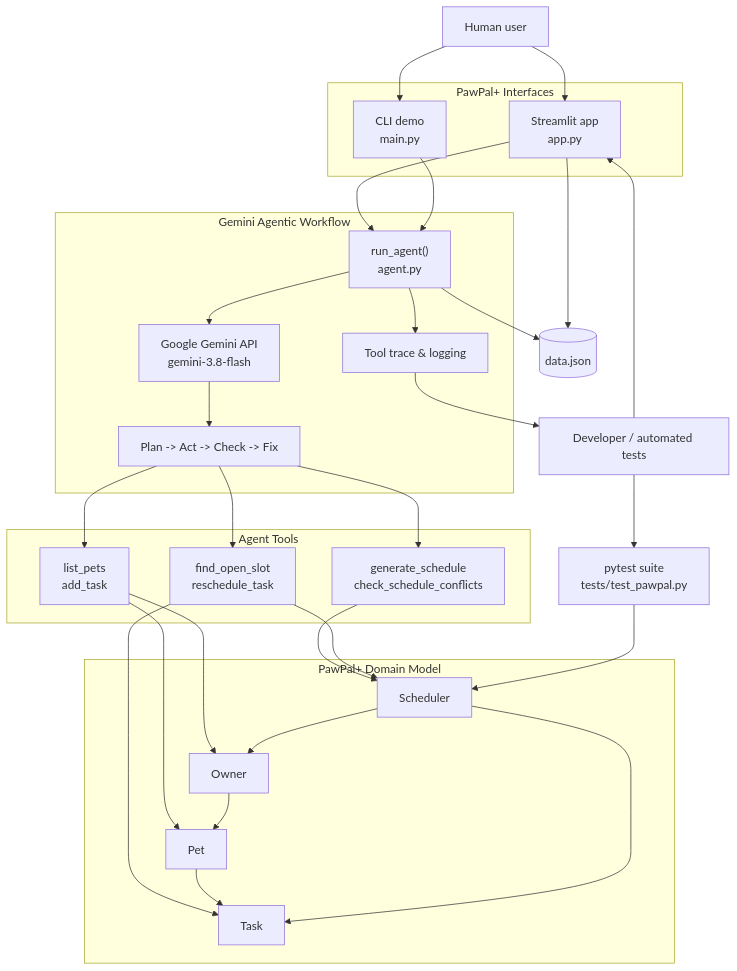
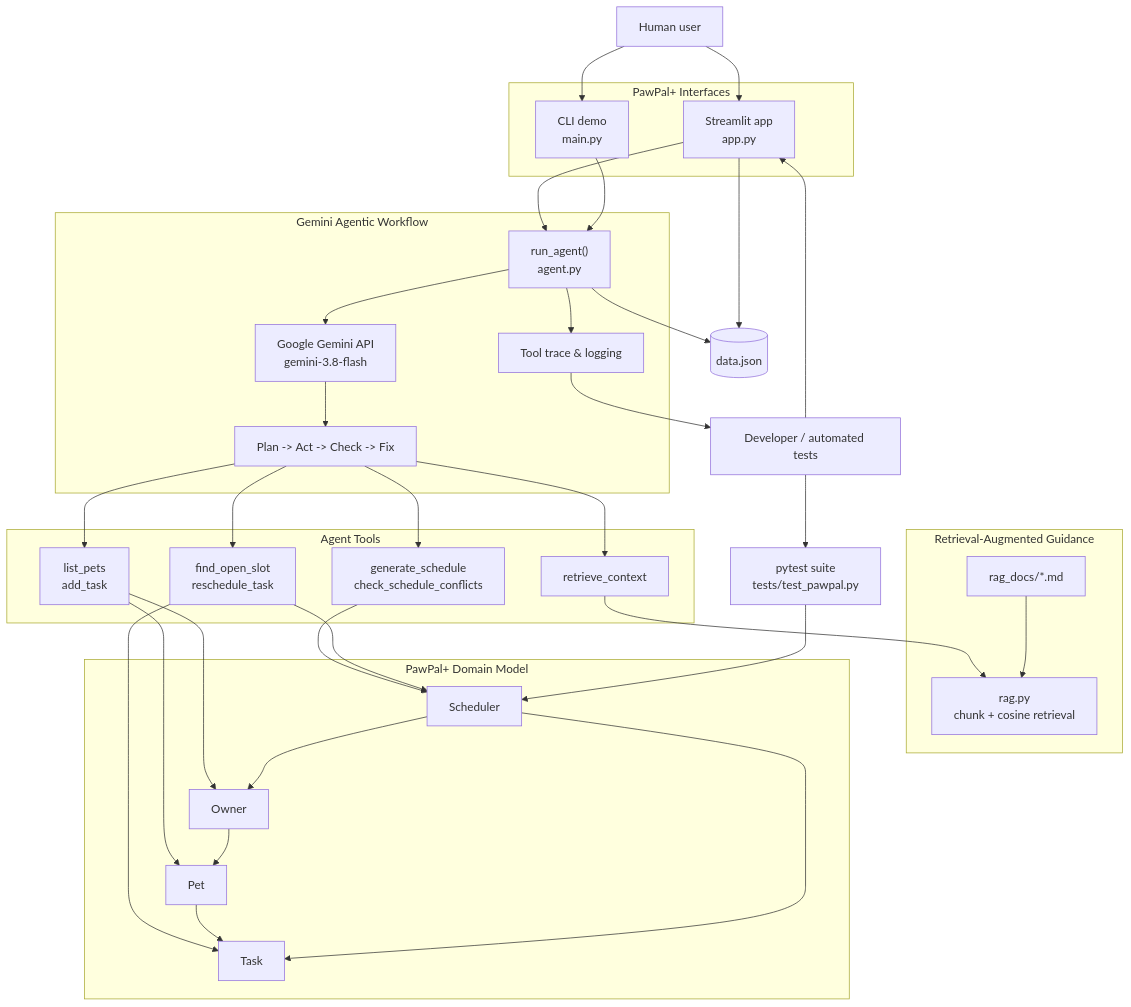
Before and after one commit to CottonsKaka/formal-applied-ai-system-project: the diagram in diagrams/architecture.mmd, drawn with Mermaid. The commit also changed 7 other files, not shown here.

Commit message:
Add local RAG pet-care retrieval

```diff
--- a/diagrams/architecture.mmd
+++ b/diagrams/architecture.mmd
@@ -1,57 +1,66 @@
 flowchart TB
     User["Human user"]
     Tester["Developer / automated tests"]
 
     subgraph Interfaces["PawPal+ Interfaces"]
         Streamlit["Streamlit app\napp.py"]
         CLI["CLI demo\nmain.py"]
     end
 
     subgraph Agent["Gemini Agentic Workflow"]
         RunAgent["run_agent()\nagent.py"]
         Gemini["Google Gemini API\ngemini-3.8-flash"]
         Loop["Plan -> Act -> Check -> Fix"]
         Trace["Tool trace & logging"]
     end
 
+    subgraph RAG["Retrieval-Augmented Guidance"]
+        Knowledge["rag_docs/*.md"]
+        Retriever["rag.py\nchunk + cosine retrieval"]
+    end
+
     subgraph Tools["Agent Tools"]
         PetTools["list_pets\nadd_task"]
         ScheduleTools["generate_schedule\ncheck_schedule_conflicts"]
         FixTools["find_open_slot\nreschedule_task"]
+        RAGTool["retrieve_context"]
     end
 
     subgraph Domain["PawPal+ Domain Model"]
         Owner["Owner"]
         Pet["Pet"]
         Task["Task"]
         Scheduler["Scheduler"]
     end
 
     Storage[("data.json")]
     Tests["pytest suite\ntests/test_pawpal.py"]
 
     Tester --> Tests
     Tester --> Streamlit
     User --> Streamlit
     User --> CLI
     Streamlit --> RunAgent
     CLI --> RunAgent
     RunAgent --> Gemini
     Gemini --> Loop
     Loop --> PetTools
     Loop --> ScheduleTools
     Loop --> FixTools
+    Loop --> RAGTool
+    RAGTool --> Retriever
+    Knowledge --> Retriever
     PetTools --> Owner
     PetTools --> Pet
     ScheduleTools --> Scheduler
     FixTools --> Scheduler
     FixTools --> Task
     Owner --> Pet
     Pet --> Task
     Scheduler --> Owner
     Scheduler --> Task
     Tests --> Scheduler
     Trace --> Tester
     RunAgent --> Trace
     RunAgent --> Storage
     Streamlit --> Storage
```
